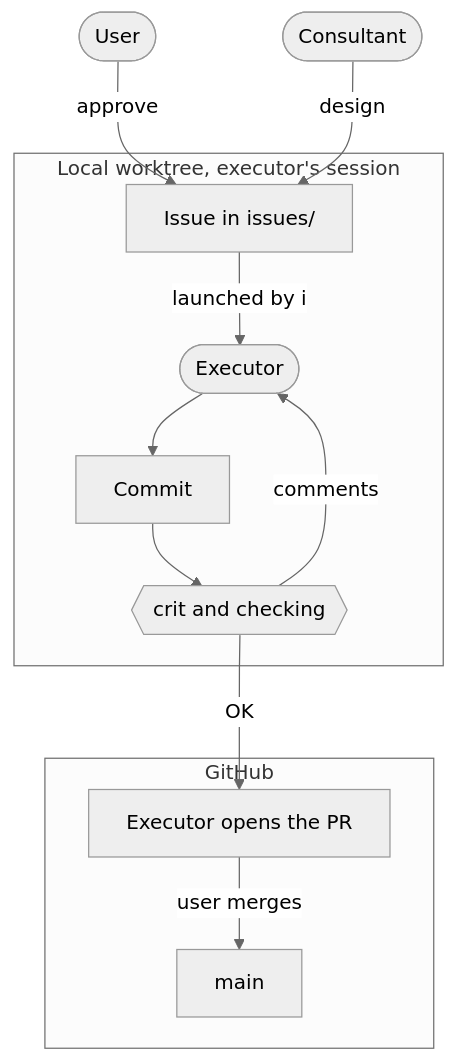
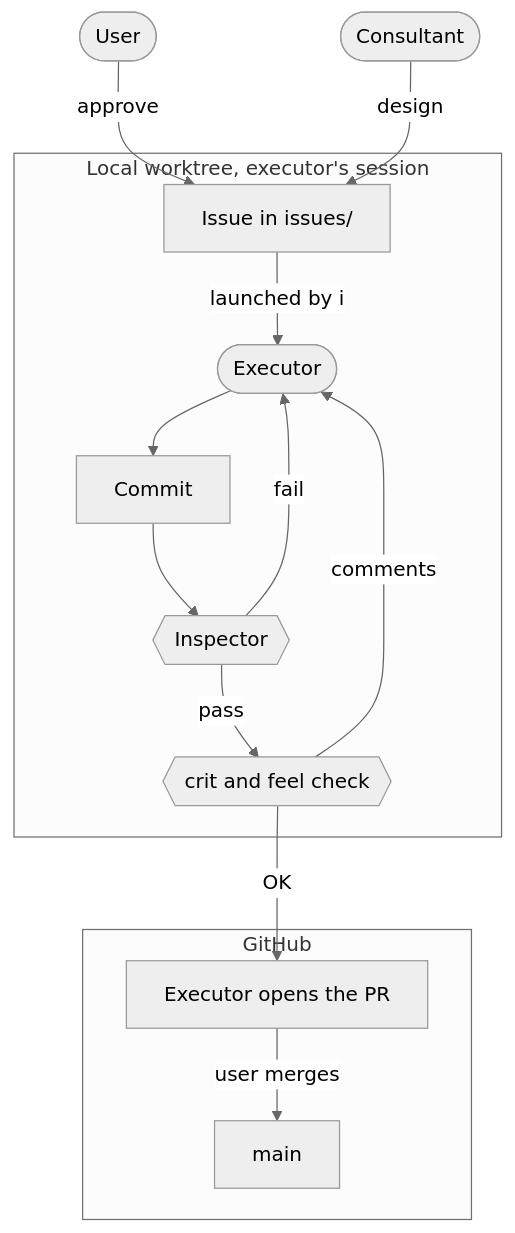
Before and after one commit to yktsnet/dotfiles-public: the diagram in README.en.md, drawn with Mermaid (neutral theme). The commit also changed other lines of this file and 5 other files, not shown here.

````diff
--- a/README.en.md
+++ b/README.en.md
@@ -84,15 +88,17 @@
 ```mermaid
 flowchart TD
     U([User]) -->|approve| I[Issue in issues/]
     C([Consultant]) -->|design| I
     subgraph local [Local worktree, executor's session]
         I -->|launched by i| E([Executor])
         E --> L[Commit]
-        L --> V{{crit and checking}}
+        L --> J{{Inspector}}
+        J -->|fail| E
+        J -->|pass| V{{crit and feel check}}
         V -->|comments| E
     end
     V -->|OK| P
     subgraph remote [GitHub]
         P[Executor opens the PR] -->|user merges| M[main]
     end
 ```
````
